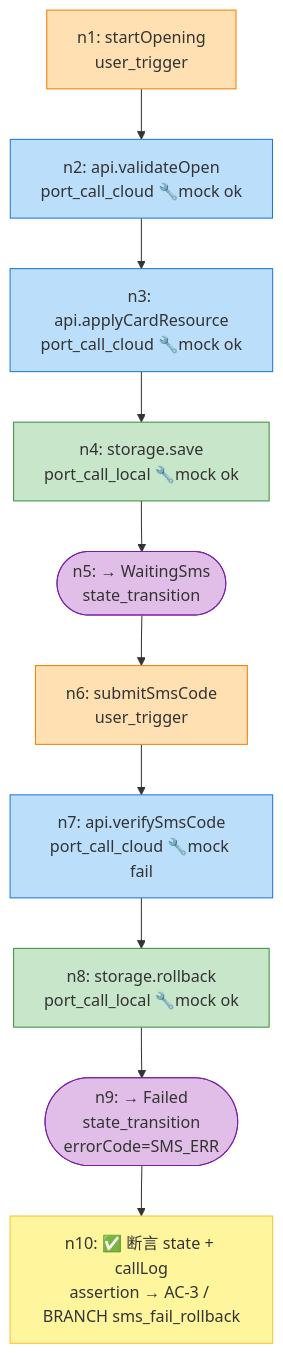
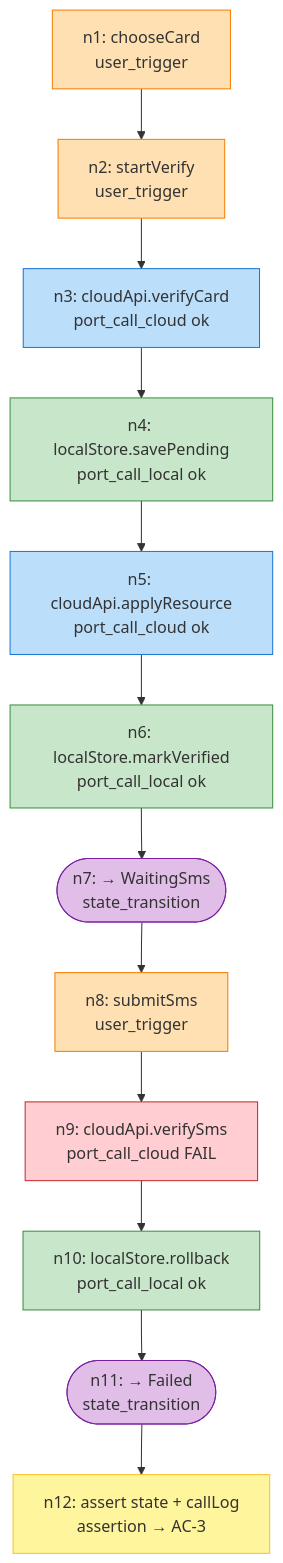
The diagram in framework/skills/5-business-ut/templates/dag-schema.md (sqsqsq/SimulatedWalletForHmos), drawn with Mermaid before and after one commit. The commit also changed other lines of this file and 17 other files, not shown here.

````diff
--- a/framework/skills/5-business-ut/templates/dag-schema.md
+++ b/framework/skills/5-business-ut/templates/dag-schema.md
@@ -305,21 +296,24 @@
 ```mermaid
 flowchart TD
-    n1["n1: startOpening<br/>user_trigger"]:::trg
-    n2["n2: api.validateOpen<br/>port_call_cloud 🔧mock ok"]:::cloud
-    n3["n3: api.applyCardResource<br/>port_call_cloud 🔧mock ok"]:::cloud
-    n4["n4: storage.save<br/>port_call_local 🔧mock ok"]:::local
-    n5(["n5: → WaitingSms<br/>state_transition"]):::state
-    n6["n6: submitSmsCode<br/>user_trigger"]:::trg
-    n7["n7: api.verifySmsCode<br/>port_call_cloud 🔧mock fail"]:::cloud
-    n8["n8: storage.rollback<br/>port_call_local 🔧mock ok"]:::local
-    n9(["n9: → Failed<br/>state_transition<br/>errorCode=SMS_ERR"]):::state
-    n10["n10: ✅ 断言 state + callLog<br/>assertion → AC-3 / BRANCH sms_fail_rollback"]:::assert
+    n1["n1: chooseCard<br/>user_trigger"]:::trg
+    n2["n2: startVerify<br/>user_trigger"]:::trg
+    n3["n3: cloudApi.verifyCard<br/>port_call_cloud ok"]:::cloud
+    n4["n4: localStore.savePending<br/>port_call_local ok"]:::local
+    n5["n5: cloudApi.applyResource<br/>port_call_cloud ok"]:::cloud
+    n6["n6: localStore.markVerified<br/>port_call_local ok"]:::local
+    n7(["n7: → WaitingSms<br/>state_transition"]):::state
+    n8["n8: submitSms<br/>user_trigger"]:::trg
+    n9["n9: cloudApi.verifySms<br/>port_call_cloud FAIL"]:::cloudFail
+    n10["n10: localStore.rollback<br/>port_call_local ok"]:::local
+    n11(["n11: → Failed<br/>state_transition"]):::state
+    n12["n12: assert state + callLog<br/>assertion → AC-3"]:::assert
 
-    n1 --> n2 --> n3 --> n4 --> n5 --> n6 --> n7 --> n8 --> n9 --> n10
+    n1 --> n2 --> n3 --> n4 --> n5 --> n6 --> n7 --> n8 --> n9 --> n10 --> n11 --> n12
 
     classDef trg   fill:#ffe0b2,stroke:#f57c00
     classDef cloud fill:#bbdefb,stroke:#1976d2
+    classDef cloudFail fill:#ffcdd2,stroke:#c62828
     classDef local fill:#c8e6c9,stroke:#388e3c
     classDef state fill:#e1bee7,stroke:#7b1fa2
     classDef assert fill:#fff59d,stroke:#fbc02d
 ```
````
